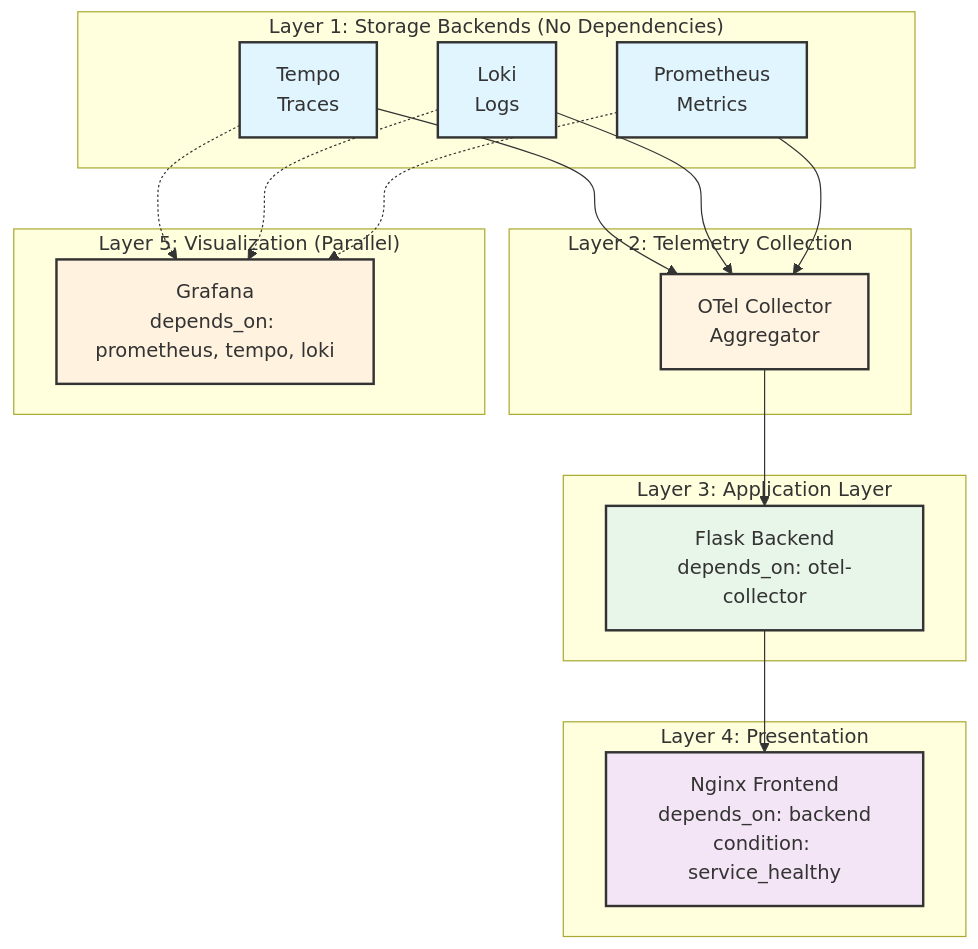
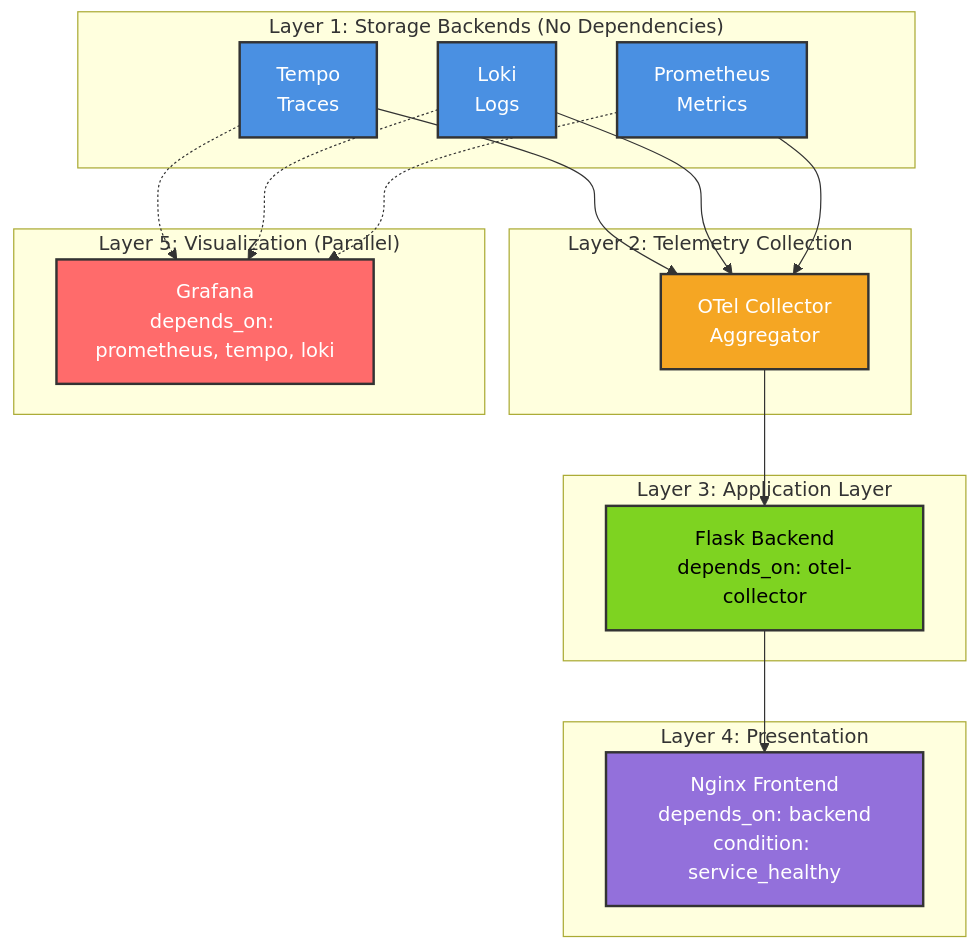
Before and after one commit to illusivegit/Opentelemetry_Observability_Lab: the diagram in docs/phase-1-docker-compose/architecture/integration.md, drawn with Mermaid. The commit also changed 1 other file, not shown here.

````diff
--- a/docs/phase-1-docker-compose/architecture/integration.md
+++ b/docs/phase-1-docker-compose/architecture/integration.md
@@ -30,53 +30,53 @@
 ```mermaid
 graph TD
     %% Layer 1: Storage Backends
     subgraph storage["Layer 1: Storage Backends (No Dependencies)"]
         tempo[Tempo<br/>Traces]
         loki[Loki<br/>Logs]
         prometheus[Prometheus<br/>Metrics]
     end
 
     %% Layer 2: Telemetry Collection
     subgraph collection["Layer 2: Telemetry Collection"]
         collector[OTel Collector<br/>Aggregator]
     end
 
     %% Layer 3: Application
     subgraph application["Layer 3: Application Layer"]
         backend[Flask Backend<br/>depends_on: otel-collector]
     end
 
     %% Layer 4: Presentation
     subgraph presentation["Layer 4: Presentation"]
         frontend[Nginx Frontend<br/>depends_on: backend<br/>condition: service_healthy]
     end
 
     %% Layer 5: Visualization
     subgraph visualization["Layer 5: Visualization (Parallel)"]
         grafana[Grafana<br/>depends_on: prometheus, tempo, loki]
     end
 
     %% Dependencies
     tempo --> collector
     loki --> collector
     prometheus --> collector
     collector --> backend
     backend --> frontend
 
     tempo -.-> grafana
     loki -.-> grafana
     prometheus -.-> grafana
 
-    %% Styling
-    classDef storage fill:#e1f5ff,stroke:#333,stroke-width:2px
-    classDef collection fill:#fff4e1,stroke:#333,stroke-width:2px
-    classDef app fill:#e8f5e9,stroke:#333,stroke-width:2px
-    classDef present fill:#f3e5f5,stroke:#333,stroke-width:2px
-    classDef viz fill:#fff3e0,stroke:#333,stroke-width:2px
+    %% Styling with better contrast
+    classDef storage fill:#4A90E2,stroke:#333,stroke-width:2px,color:#fff
+    classDef collection fill:#F5A623,stroke:#333,stroke-width:2px,color:#fff
+    classDef app fill:#7ED321,stroke:#333,stroke-width:2px,color:#000
+    classDef present fill:#9370DB,stroke:#333,stroke-width:2px,color:#fff
+    classDef viz fill:#FF6B6B,stroke:#333,stroke-width:2px,color:#fff
 
     class tempo,loki,prometheus storage
     class collector collection
     class backend app
     class frontend present
     class grafana viz
 ```
````
